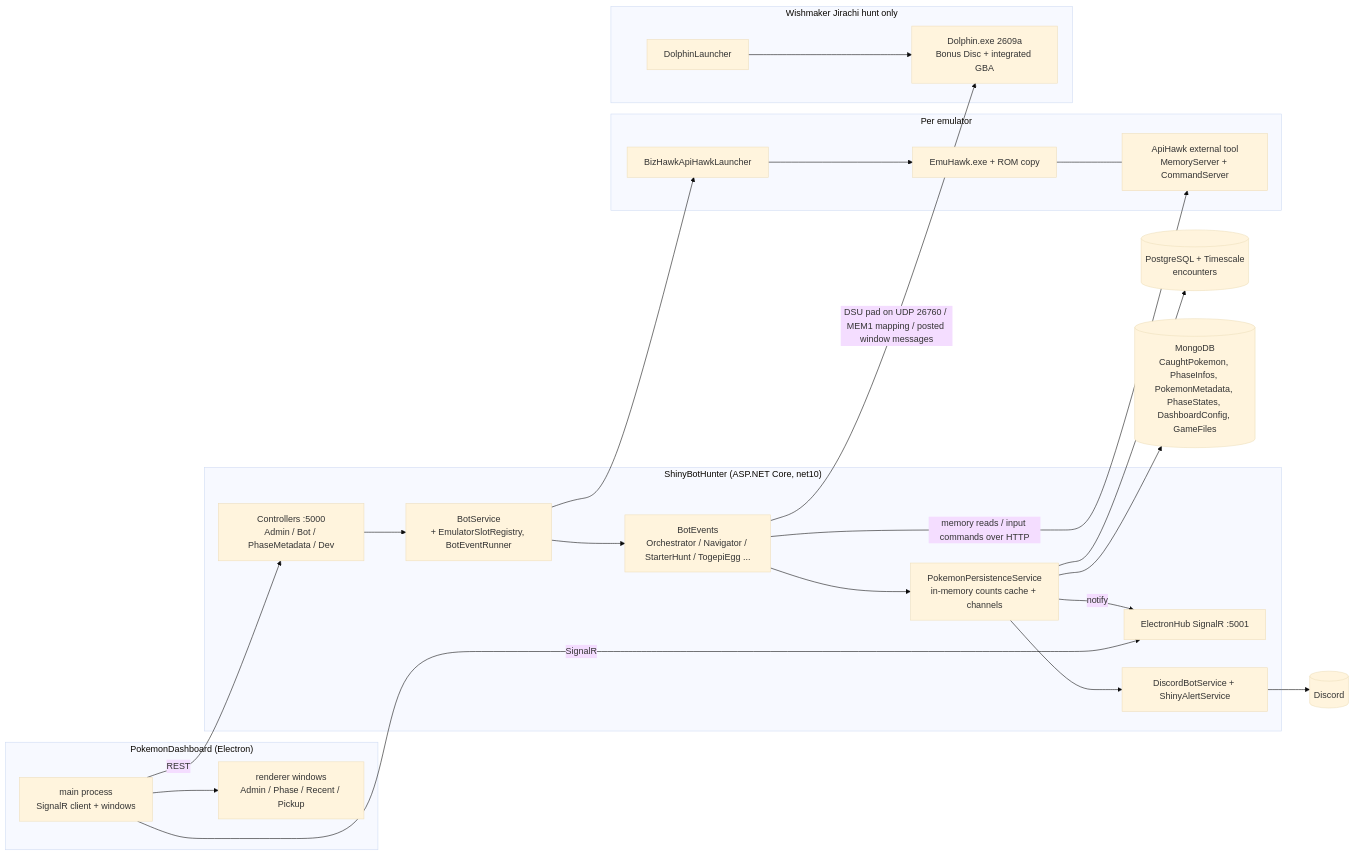
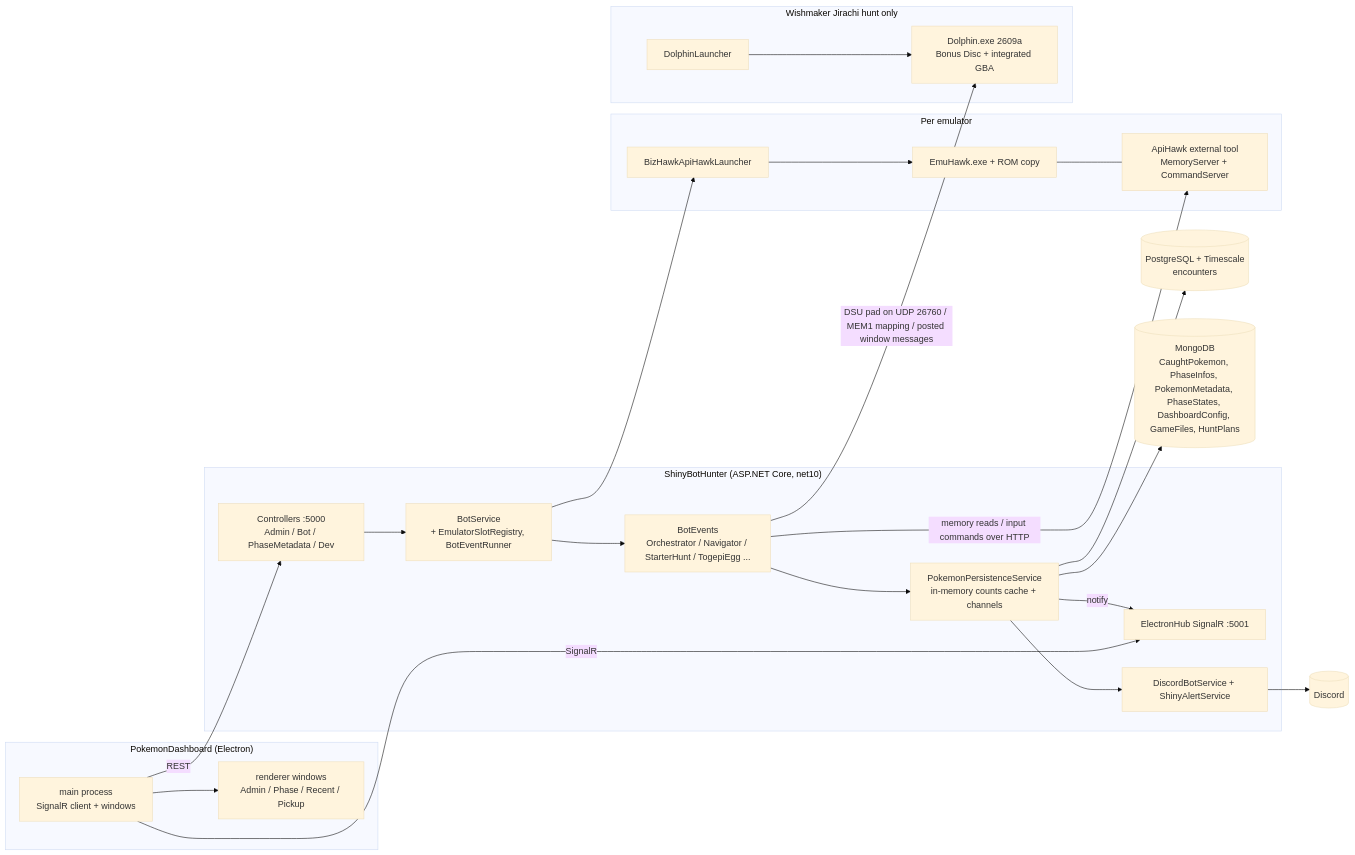
The first of 2 diagrams in docs/architecture/system-overview.md (ppicinic/ShinyBotHunter), drawn with Mermaid (base theme) before and after one commit. The commit also changed other lines of this file and 1 other file, not shown here.

Commit message:
C3a step 5: HuntPlanTests and the architecture rows

````diff
--- a/docs/architecture/system-overview.md
+++ b/docs/architecture/system-overview.md
@@ -20,40 +20,40 @@
 ```mermaid
 flowchart LR
   subgraph Dashboard["PokemonDashboard (Electron)"]
     Main[main process<br/>SignalR client + windows] --> Renderer[renderer windows<br/>Admin / Phase / Recent / Pickup]
   end
 
   subgraph Backend["ShinyBotHunter (ASP.NET Core, net10)"]
     API[Controllers :5000<br/>Admin / Bot / PhaseMetadata / Dev]
     Hub[ElectronHub SignalR :5001]
     BotSvc[BotService<br/>+ EmulatorSlotRegistry, BotEventRunner]
     Events[BotEvents<br/>Orchestrator / Navigator / StarterHunt / TogepiEgg ...]
     Persist[PokemonPersistenceService<br/>in-memory counts cache + channels]
     Discord[DiscordBotService + ShinyAlertService]
   end
 
   subgraph Emu["Per emulator"]
     Launcher[BizHawkApiHawkLauncher] --> EmuHawk[EmuHawk.exe + ROM copy]
     EmuHawk --- ApiHawk[ApiHawk external tool<br/>MemoryServer + CommandServer]
   end
 
   subgraph Dol["Wishmaker Jirachi hunt only"]
     DolLauncher[DolphinLauncher] --> Dolphin[Dolphin.exe 2609a<br/>Bonus Disc + integrated GBA]
   end
 
   PG[(PostgreSQL + Timescale<br/>encounters)]
-  Mongo[(MongoDB<br/>CaughtPokemon, PhaseInfos, PokemonMetadata, PhaseStates, DashboardConfig, GameFiles)]
+  Mongo[(MongoDB<br/>CaughtPokemon, PhaseInfos, PokemonMetadata, PhaseStates, DashboardConfig, GameFiles, HuntPlans)]
   DiscordAPI[(Discord)]
 
   Main -- REST --> API
   Main -- SignalR --> Hub
   API --> BotSvc --> Events
   Events -- memory reads / input commands over HTTP --> ApiHawk
   Events -- DSU pad on UDP 26760 / MEM1 mapping / posted window messages --> Dolphin
   BotSvc --> Launcher
   Events --> Persist
   Persist --> PG
   Persist --> Mongo
   Persist -- notify --> Hub
   Persist --> Discord --> DiscordAPI
 ```
````
